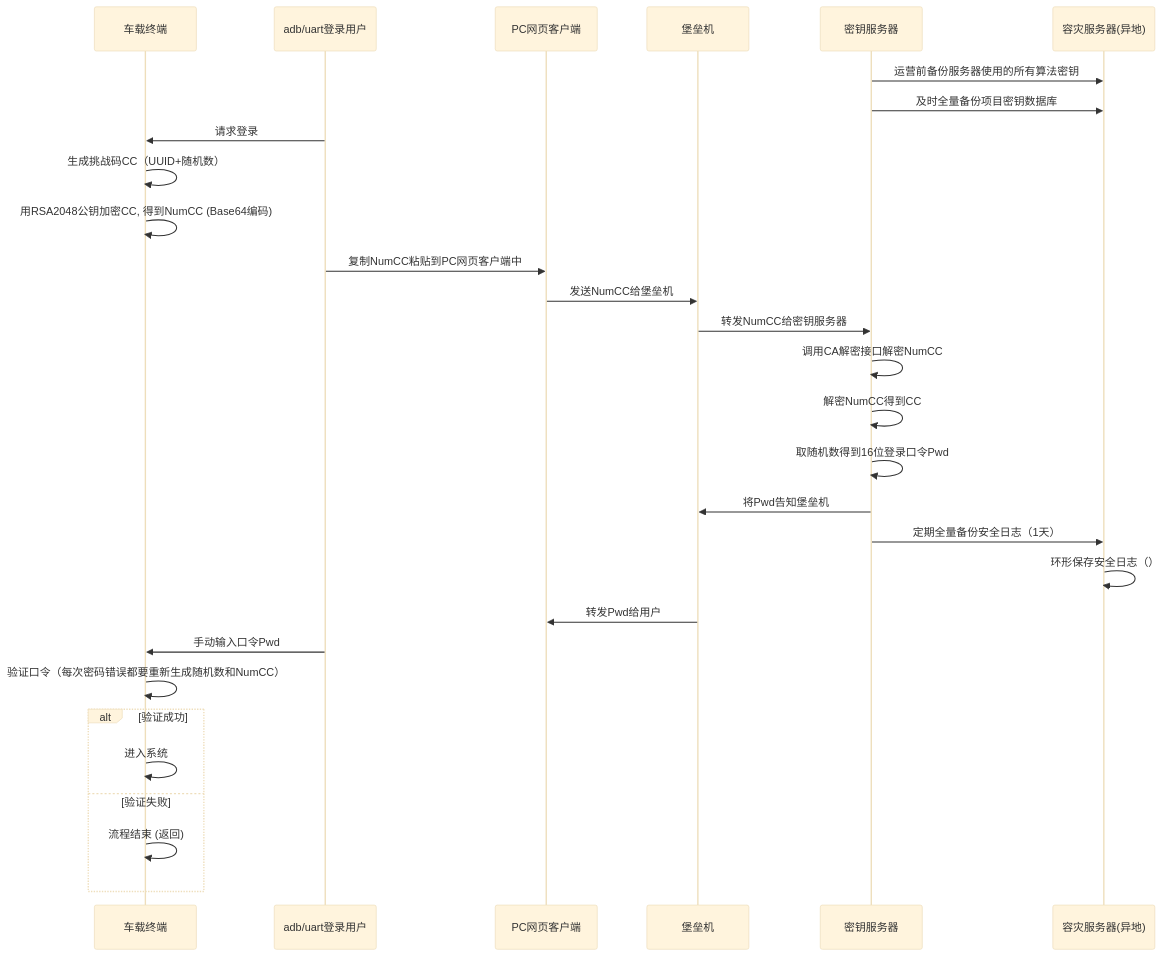
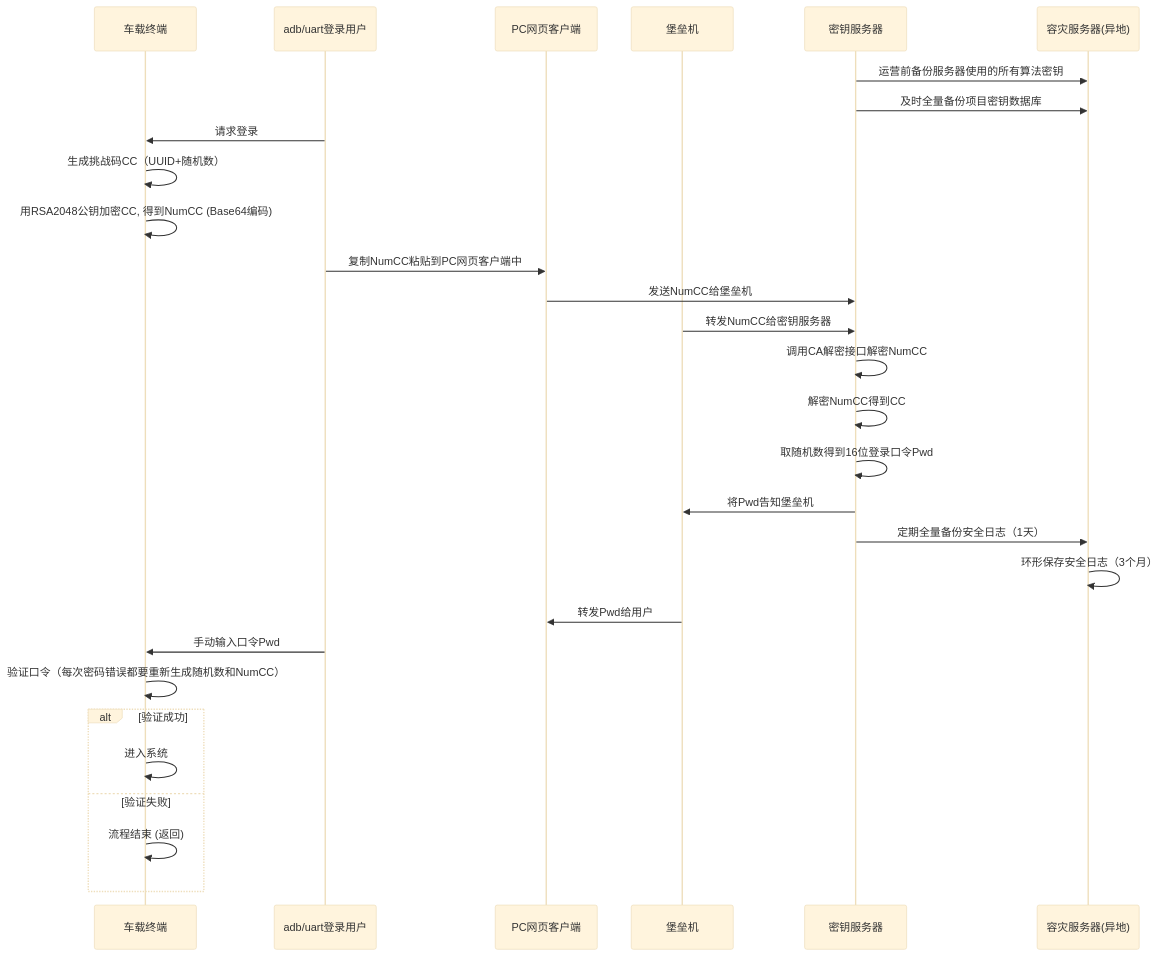
Before and after one commit to facebook-cloud/iodraw-files: the diagram in all/未命名-19.md, drawn with Mermaid (base theme).

Commit message:
2026-03-17 10:23:18 update

````diff
--- a/all/未命名-19.md
+++ b/all/未命名-19.md
@@ -1,36 +1,36 @@
 ```mermaid
 sequenceDiagram
     participant tbox as 车载终端
     participant user as adb/uart登录用户
     participant pc as PC网页客户端
     participant bastion as 堡垒机
     participant tech_center as 密钥服务器
     participant backup as 容灾服务器(异地)
   
     tech_center->>backup: 运营前备份服务器使用的所有算法密钥
     tech_center->>backup: 及时全量备份项目密钥数据库
 
     user->>tbox: 请求登录
     tbox->>tbox: 生成挑战码CC（UUID+随机数）
     tbox->>tbox: 用RSA2048公钥加密CC, 得到NumCC (Base64编码)
     user->>pc: 复制NumCC粘贴到PC网页客户端中
-    pc->>bastion: 发送NumCC给堡垒机
+    pc->>tech_center: 发送NumCC给堡垒机
     bastion->>tech_center: 转发NumCC给密钥服务器
     tech_center->>tech_center: 调用CA解密接口解密NumCC
     tech_center->>tech_center: 解密NumCC得到CC
     tech_center->>tech_center: 取随机数得到16位登录口令Pwd
     tech_center->>bastion: 将Pwd告知堡垒机
 
     tech_center->>backup: 定期全量备份安全日志（1天）
-    backup->>backup: 环形保存安全日志（）
+    backup->>backup: 环形保存安全日志（3个月）
     bastion->>pc: 转发Pwd给用户
     user->>tbox: 手动输入口令Pwd
     tbox->>tbox: 验证口令（每次密码错误都要重新生成随机数和NumCC）
     alt 验证成功
         tbox->>tbox: 进入系统
     else 验证失败
         tbox->>tbox: 流程结束 (返回)
     end
 
 
 ```
````
